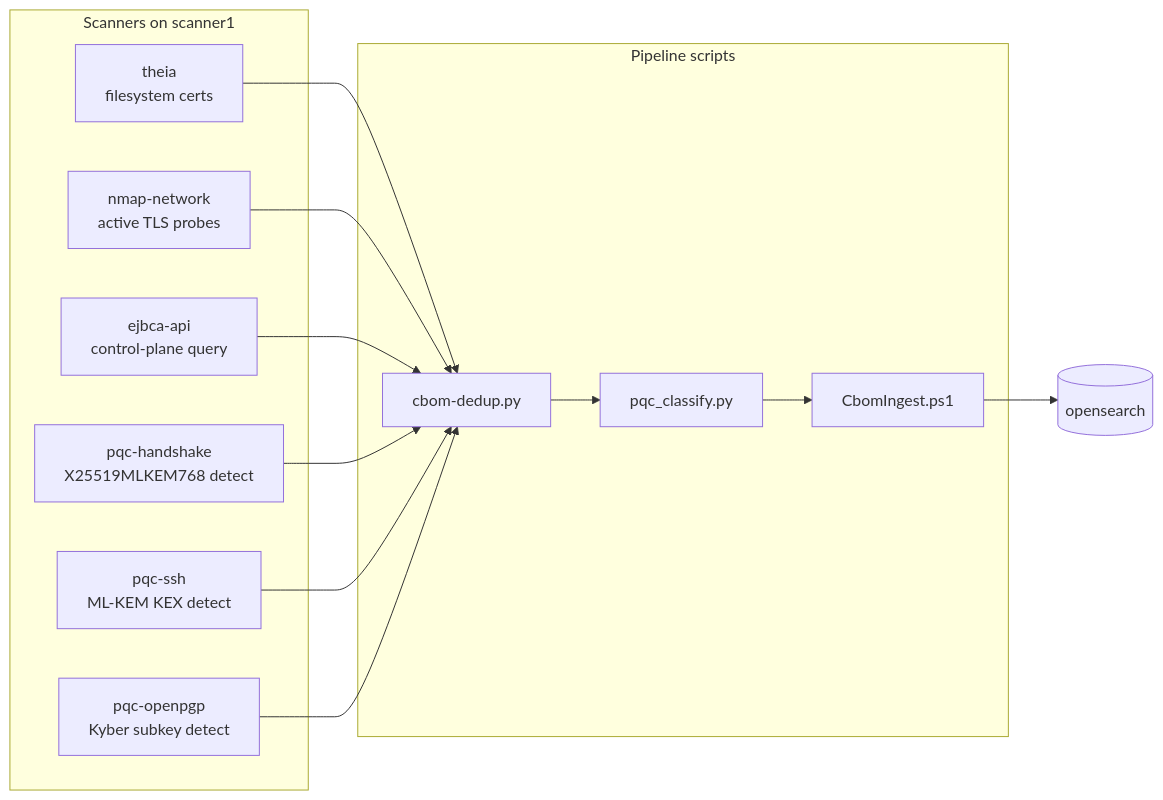
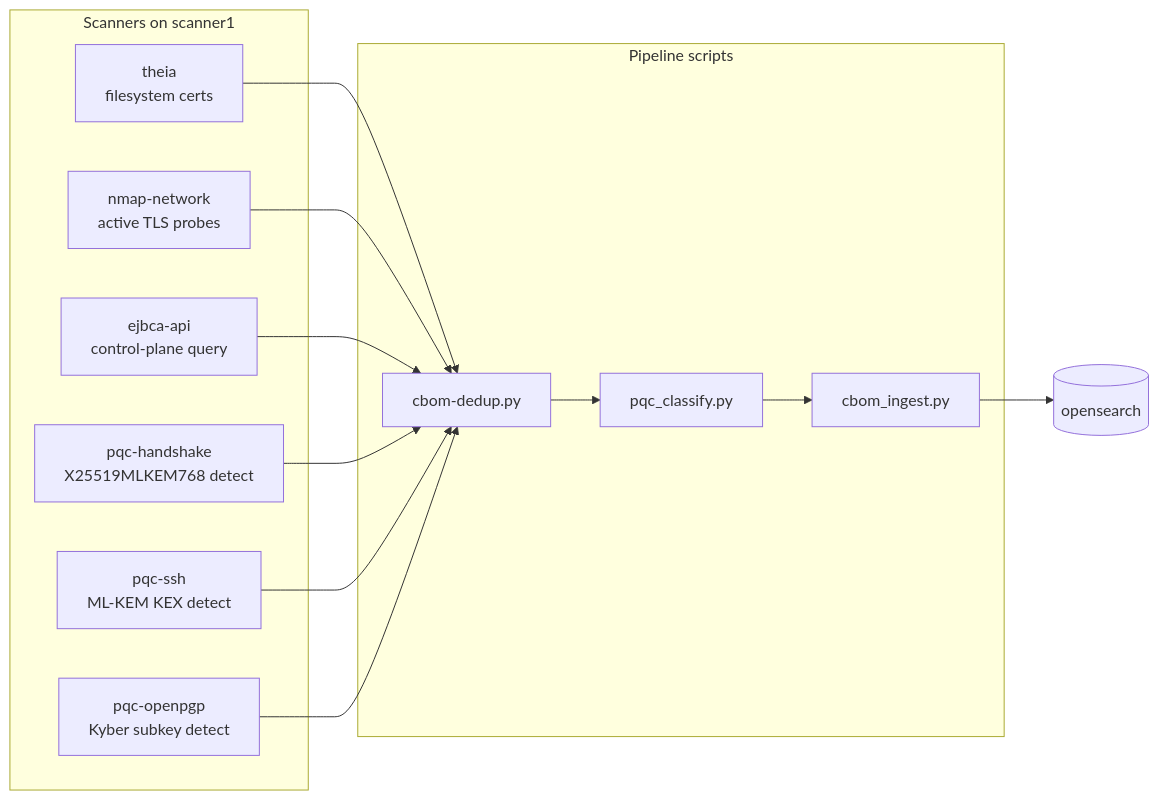
One commit to zakrodriguez/straylight changed the ninth of 9 diagrams in docs/how-it-works.md. Above: the diagram before and after it, drawn with Mermaid. The commit also changed other lines of this file and 21 other files, not shown here.

````diff
--- a/docs/how-it-works.md
+++ b/docs/how-it-works.md
@@ -289,27 +289,27 @@
 ```mermaid
 flowchart LR
     subgraph "Scanners on scanner1"
       T[theia<br/>filesystem certs]
       N[nmap-network<br/>active TLS probes]
       E[ejbca-api<br/>control-plane query]
       H[pqc-handshake<br/>X25519MLKEM768 detect]
       S[pqc-ssh<br/>ML-KEM KEX detect]
       G[pqc-openpgp<br/>Kyber subkey detect]
     end
 
     subgraph "Pipeline scripts"
       D[cbom-dedup.py]
       C[pqc_classify.py]
-      I[CbomIngest.ps1]
+      I[cbom_ingest.py]
     end
 
     T --> D
     N --> D
     E --> D
     H --> D
     S --> D
     G --> D
     D --> C
     C --> I
     I --> OS[(opensearch)]
 ```
````
